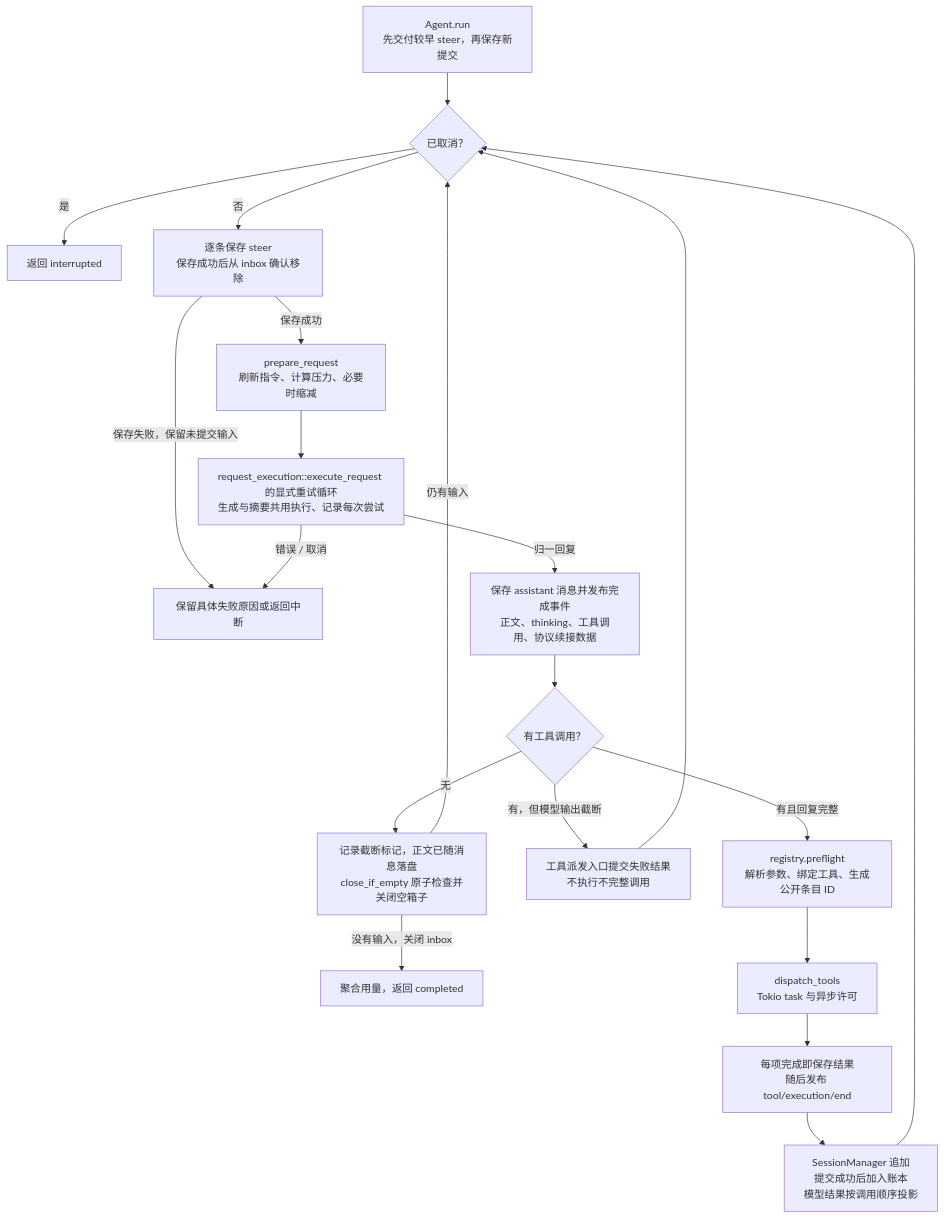
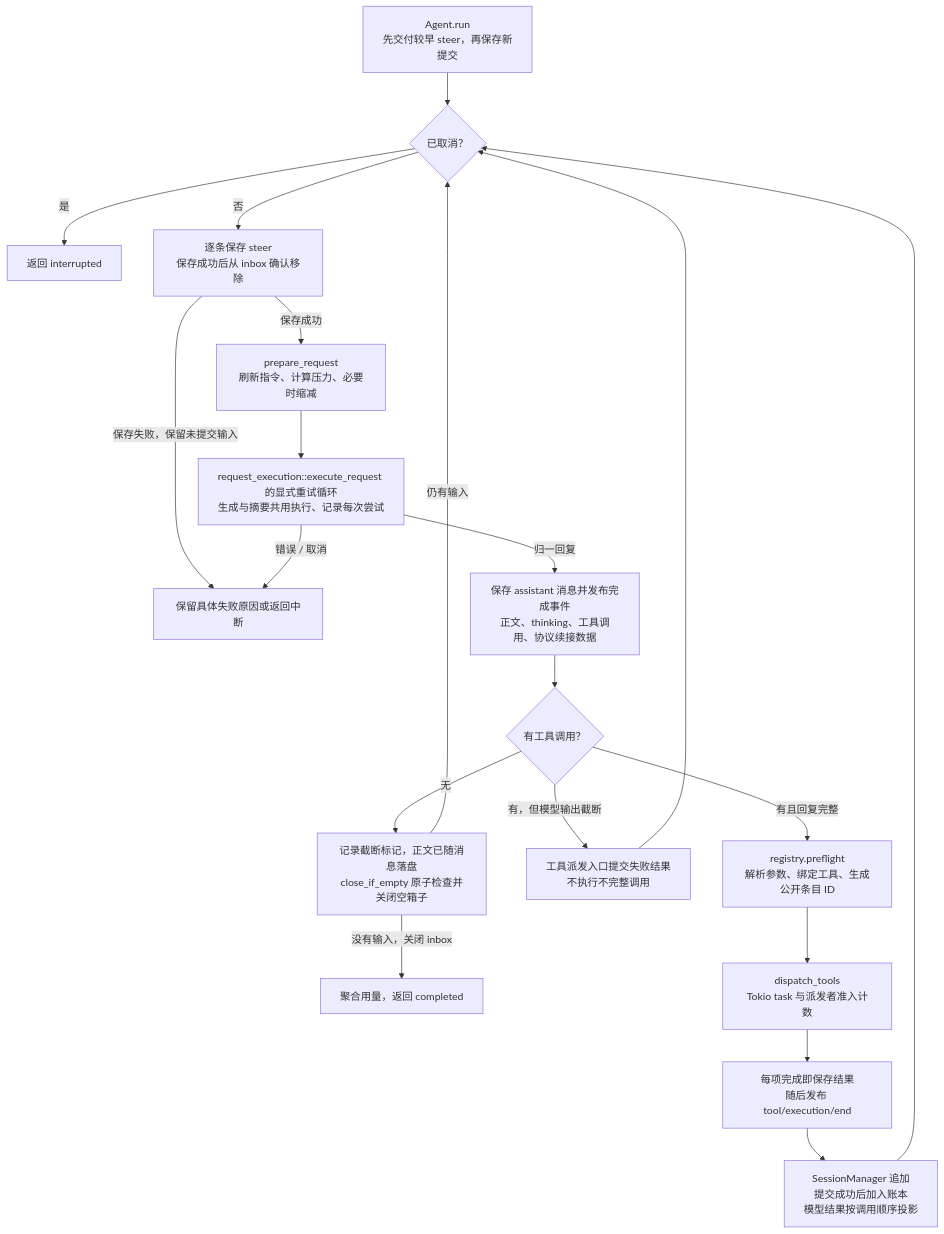
One commit to qjcnmd/singularity-agent changed diagram 13 of 28 in docs/architecture.md. Above: the diagram before and after it, drawn with Mermaid. The commit also changed other lines of this file and 30 other files, not shown here.

````diff
--- a/docs/architecture.md
+++ b/docs/architecture.md
@@ -392,22 +392,22 @@
 ```mermaid
 flowchart TB
     Input["Agent.run<br/>先交付较早 steer，再保存新提交"] --> Cancel{"已取消？"}
     Cancel -->|"是"| Abort["返回 interrupted"]
     Cancel -->|"否"| Inbox["逐条保存 steer<br/>保存成功后从 inbox 确认移除"]
     Inbox -->|"保存失败，保留未提交输入"| Failure
     Inbox -->|"保存成功"| Prepare["prepare_request<br/>刷新指令、计算压力、必要时缩减"]
     Prepare --> Request["request_execution::execute_request 的显式重试循环<br/>生成与摘要共用执行、记录每次尝试"]
     Request -->|"错误 / 取消"| Failure["保留具体失败原因或返回中断"]
     Request -->|"归一回复"| Assistant["保存 assistant 消息并发布完成事件<br/>正文、thinking、工具调用、协议续接数据"]
     Assistant --> Calls{"有工具调用？"}
     Calls -->|"无"| Stop["记录截断标记，正文已随消息落盘<br/>close_if_empty 原子检查并关闭空箱子"]
     Stop -->|"仍有输入"| Cancel
     Stop -->|"没有输入，关闭 inbox"| Completed["聚合用量，返回 completed"]
     Calls -->|"有，但模型输出截断"| Truncated["工具派发入口提交失败结果<br/>不执行不完整调用"]
     Truncated --> Cancel
     Calls -->|"有且回复完整"| Preflight["registry.preflight<br/>解析参数、绑定工具、生成公开条目 ID"]
-    Preflight --> Dispatch["dispatch_tools<br/>Tokio task 与异步许可"]
+    Preflight --> Dispatch["dispatch_tools<br/>Tokio task 与派发者准入计数"]
     Dispatch --> Results["每项完成即保存结果<br/>随后发布 tool/execution/end"]
     Results --> Context["SessionManager 追加<br/>提交成功后加入账本<br/>模型结果按调用顺序投影"]
     Context --> Cancel
 ```
````
